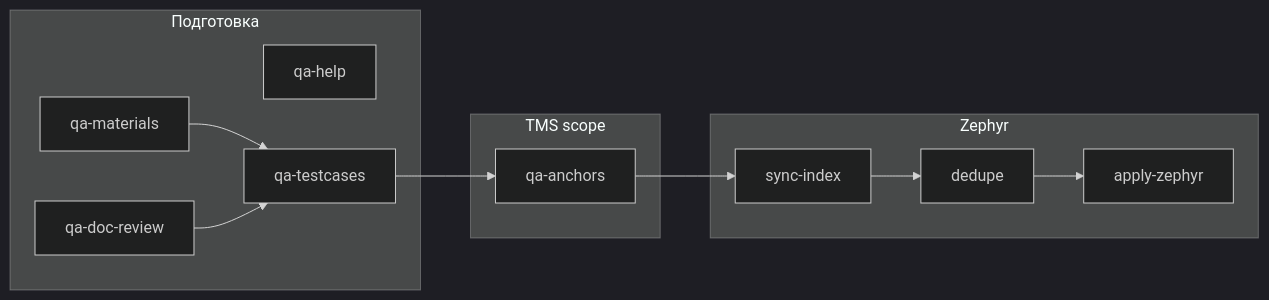
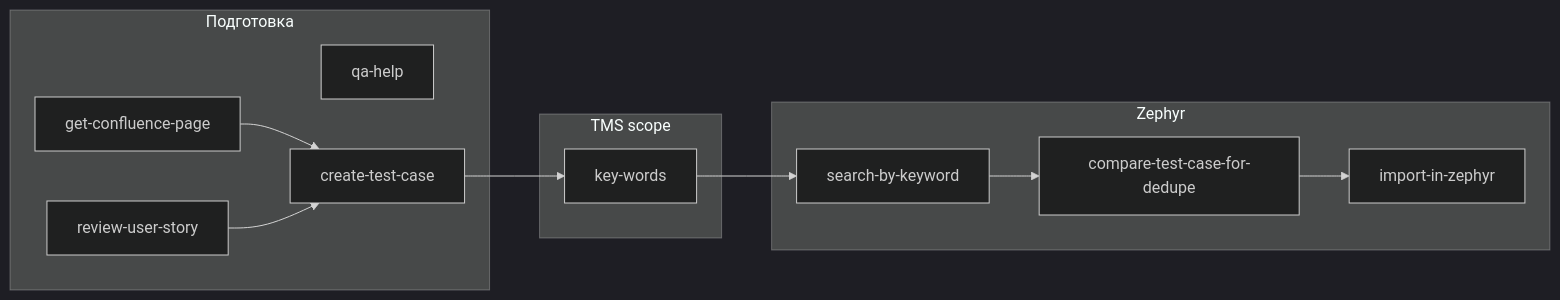
Before and after one commit to jansonnr/tgs_qa_plugin: the ninth of 9 diagrams in docs/REQUIREMENTS.md, drawn with Mermaid (dark theme). The commit also changed other lines of this file and 37 other files, not shown here.

````diff
--- a/docs/REQUIREMENTS.md
+++ b/docs/REQUIREMENTS.md
@@ -434,23 +434,23 @@
 ```mermaid
 flowchart LR
   subgraph phase1["Подготовка"]
     help[qa-help]
-    mat[qa-materials]
-    doc[qa-doc-review]
-    tc[qa-testcases]
+    mat[get-confluence-page]
+    doc[review-user-story]
+    tc[create-test-case]
   end
   subgraph phase2["TMS scope"]
-    anc[qa-anchors]
+    anc[key-words]
   end
   subgraph phase3["Zephyr"]
-    sync[sync-index]
-    ded[dedupe]
-    app[apply-zephyr]
+    sync[search-by-keyword]
+    ded[compare-test-case-for-dedupe]
+    app[import-in-zephyr]
   end
   mat --> tc
   doc --> tc
   tc --> anc
   anc --> sync
   sync --> ded
   ded --> app
 ```
````
